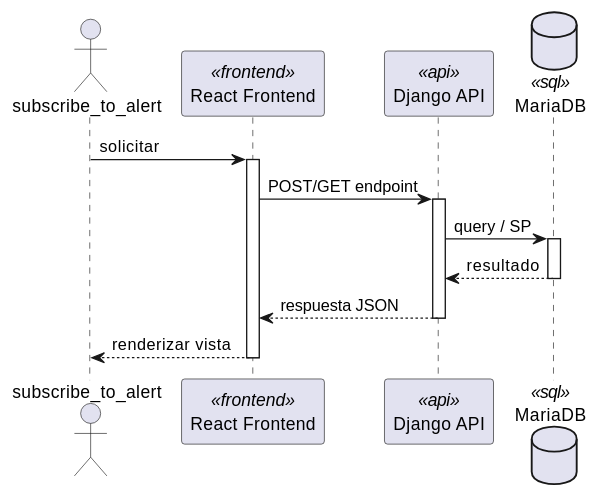
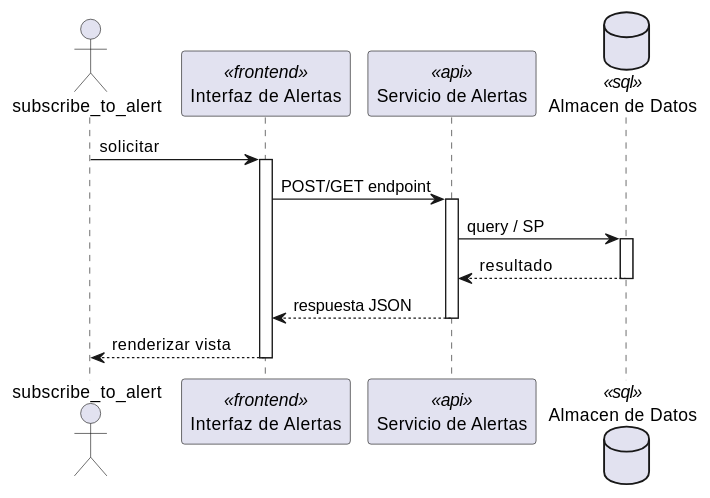
One commit to jcg-admin/IACT-docs changed the first of 2 diagrams in source/arquitectura-tecnica/DesignView/alr-05.rst. Above: the diagram before and after it, drawn with PlantUML. The commit also changed other lines of this file and 243 other files, not shown here.

First line of the commit message:
Add missing diagrams and fix participant names across Kruchten views

```diff
--- a/source/arquitectura-tecnica/DesignView/alr-05.rst
+++ b/source/arquitectura-tecnica/DesignView/alr-05.rst
@@ -22,28 +22,28 @@
 .. uml::
  :caption: UC_ALR_05 — Design View (secuencia)
 
  @startuml
 
  actor "subscribe_to_alert" as subscribe_to_alert
- participant "React Frontend" as Frontend <<frontend>>
- participant "Django API" as APIServer <<api>>
- database "MariaDB" as BaseDatos <<sql>>
+ participant "Interfaz de Alertas" as Iface <<frontend>>
+ participant "Servicio de Alertas" as SvcNode <<api>>
+ database "Almacen de Datos" as Store <<sql>>
 
- subscribe_to_alert -> Frontend : solicitar
- activate Frontend
+ subscribe_to_alert -> Iface : solicitar
+ activate Iface
 
- Frontend -> APIServer : POST/GET endpoint
- activate APIServer
+ Iface -> SvcNode : POST/GET endpoint
+ activate SvcNode
 
- APIServer -> BaseDatos : query / SP
- activate BaseDatos
- BaseDatos --> APIServer : resultado
- deactivate BaseDatos
+ SvcNode -> Store : query / SP
+ activate Store
+ Store --> SvcNode : resultado
+ deactivate Store
 
- APIServer --> Frontend : respuesta JSON
- deactivate APIServer
+ SvcNode --> Iface : respuesta JSON
+ deactivate SvcNode
 
- Frontend --> subscribe_to_alert : renderizar vista
- deactivate Frontend
+ Iface --> subscribe_to_alert : renderizar vista
+ deactivate Iface
 
  @enduml
```
